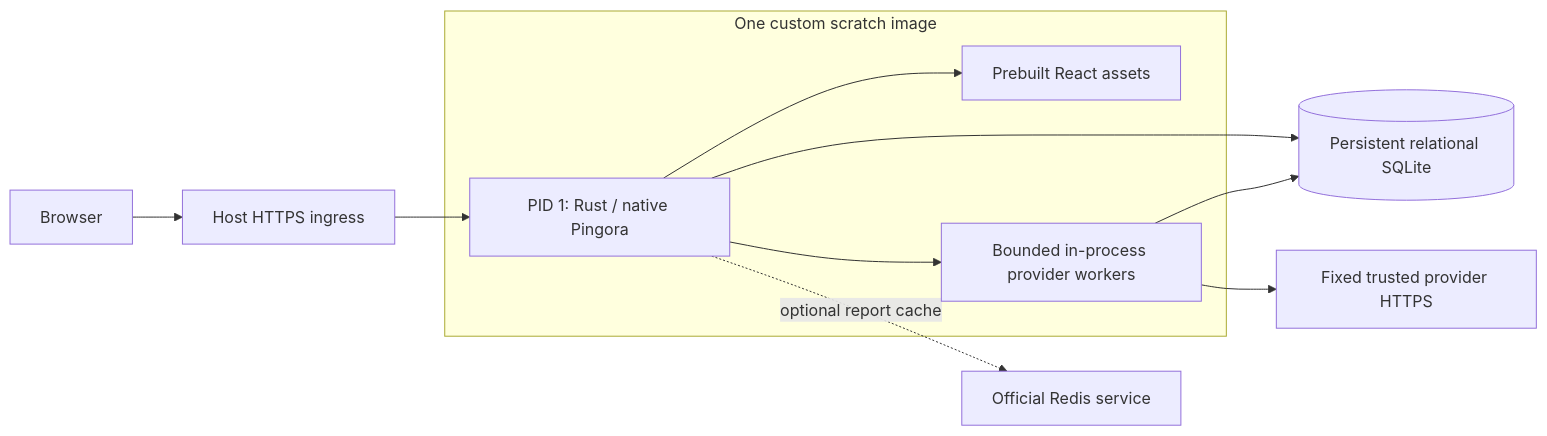
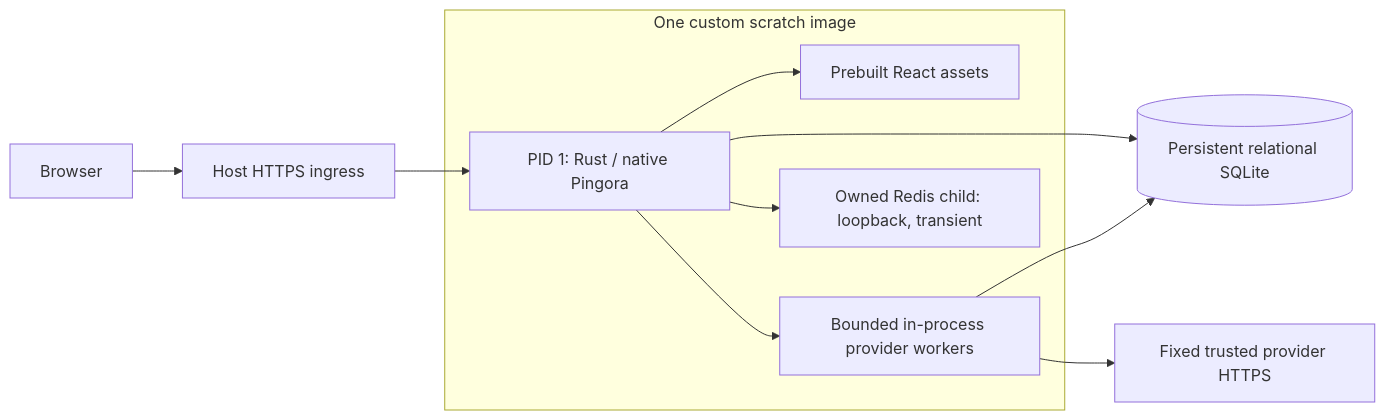
Before and after one commit to theroisey/else: the diagram in notes/architecture.md, drawn with Mermaid. The commit also changed other lines of this file and 54 other files, not shown here.

````diff
--- a/notes/architecture.md
+++ b/notes/architecture.md
@@ -7,16 +7,16 @@
 ```mermaid
 flowchart LR
     Browser --> Ingress[Host HTTPS ingress]
     Ingress --> App
     subgraph Image[One custom scratch image]
         App[PID 1: Rust / native Pingora]
         UI[Prebuilt React assets]
         Worker[Bounded in-process provider workers]
         App --> UI
         App --> Worker
+        App --> Redis[Owned Redis child: loopback, transient]
     end
     App --> SQLite[(Persistent relational SQLite)]
     Worker --> SQLite
-    App -. optional report cache .-> Redis[Official Redis service]
     Worker --> Providers[Fixed trusted provider HTTPS]
 ```
````
